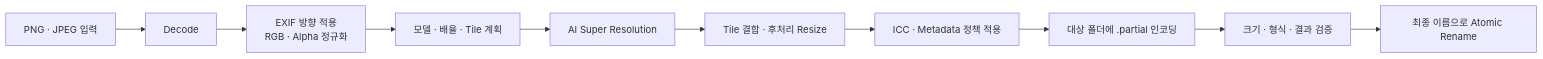
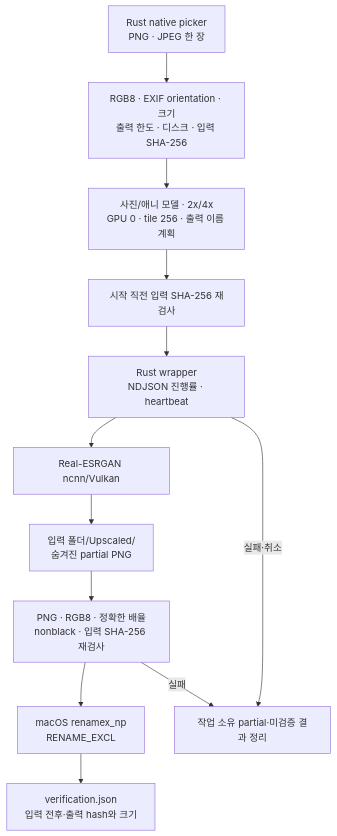
One commit to zooslab/zoos-upscale changed the third of 9 diagrams in ARCHITECTURE.md. Above: the diagram before and after it, drawn with Mermaid. The commit also changed other lines of this file and 1 other file, not shown here.

````diff
--- a/ARCHITECTURE.md
+++ b/ARCHITECTURE.md
@@ -123,12 +144,15 @@
 ```mermaid
-flowchart LR
-    INPUT["PNG · JPEG 입력"] --> DECODE["Decode"]
-    DECODE --> NORMALIZE["EXIF 방향 적용<br/>RGB · Alpha 정규화"]
-    NORMALIZE --> PLAN["모델 · 배율 · Tile 계획"]
-    PLAN --> INFER["AI Super Resolution"]
-    INFER --> BLEND["Tile 결합 · 후처리 Resize"]
-    BLEND --> META["ICC · Metadata 정책 적용"]
-    META --> TEMP["대상 폴더에 .partial 인코딩"]
-    TEMP --> VALIDATE["크기 · 형식 · 결과 검증"]
-    VALIDATE --> RENAME["최종 이름으로 Atomic Rename"]
+flowchart TB
+    PICK["Rust native picker<br/>PNG · JPEG 한 장"] --> PREFLIGHT["RGB8 · EXIF orientation · 크기<br/>출력 한도 · 디스크 · 입력 SHA-256"]
+    PREFLIGHT --> PLAN["사진/애니 모델 · 2x/4x<br/>GPU 0 · tile 256 · 출력 이름 계획"]
+    PLAN --> RECHECK1["시작 직전 입력 SHA-256 재검사"]
+    RECHECK1 --> WRAP["Rust wrapper<br/>NDJSON 진행률 · heartbeat"]
+    WRAP --> ESR["Real-ESRGAN ncnn/Vulkan"]
+    ESR --> PARTIAL["입력 폴더/Upscaled/<br/>숨겨진 partial PNG"]
+    PARTIAL --> VERIFY["PNG · RGB8 · 정확한 배율<br/>nonblack · 입력 SHA-256 재검사"]
+    VERIFY --> PUBLISH["macOS renamex_np<br/>RENAME_EXCL"]
+    PUBLISH --> RECORD["verification.json<br/>입력 전후·출력 hash와 크기"]
+
+    VERIFY -->|"실패"| CLEAN["작업 소유 partial·미검증 결과 정리"]
+    WRAP -->|"실패·취소"| CLEAN
 ```
````
